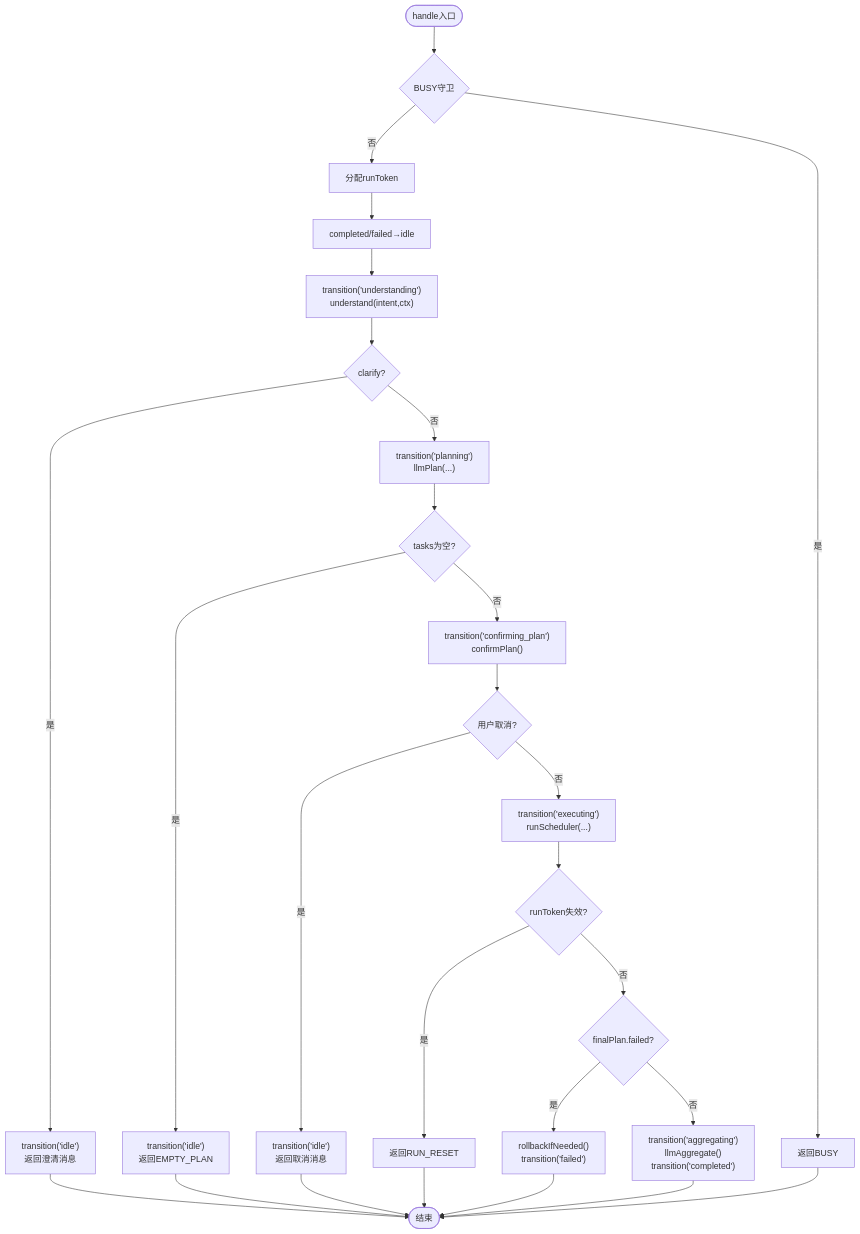
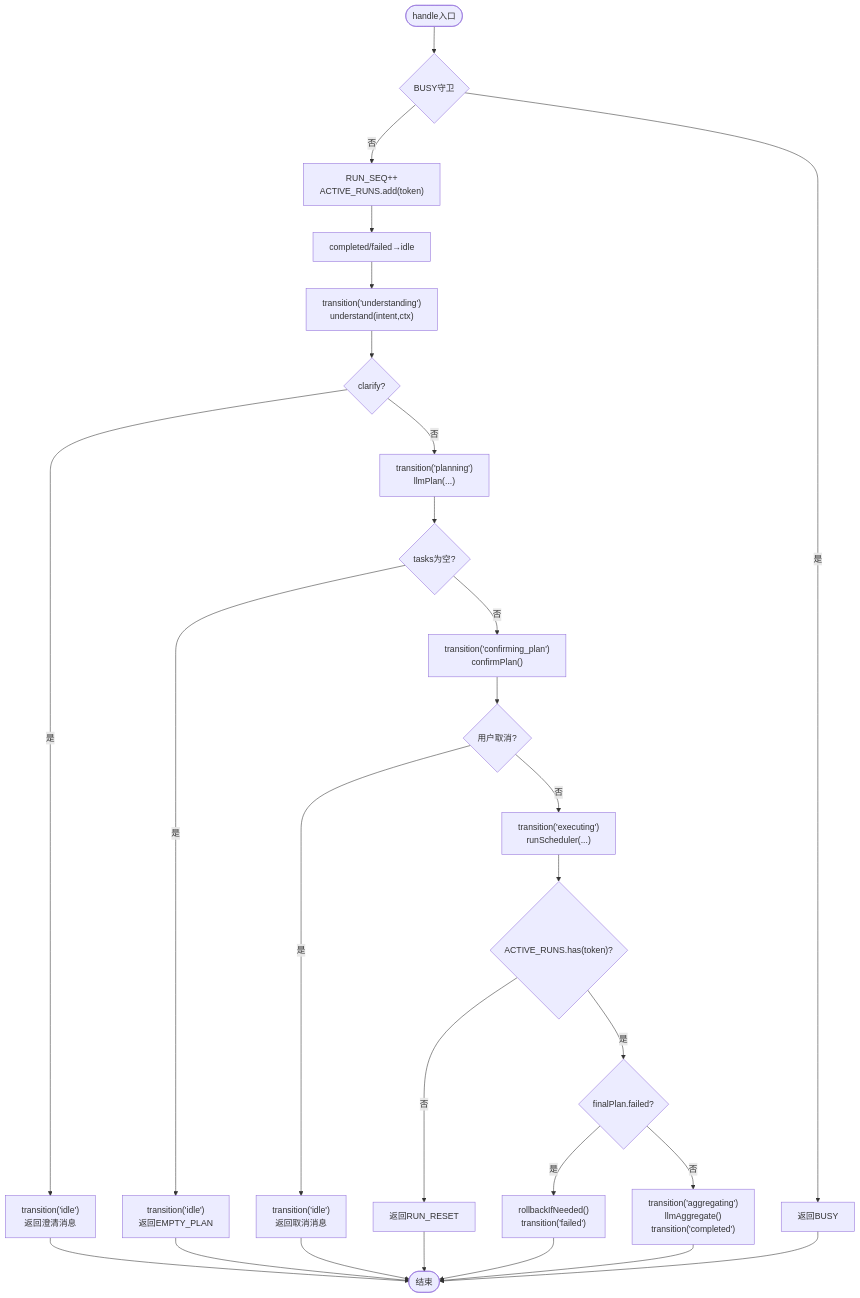
One commit to Ichi-Hackton/WAIC-WeChat-MiniProgram changed the fourth of 7 diagrams in .qoder/repowiki/zh/content/核心模块/Orchestrator编排器.md. Above: the diagram before and after it, drawn with Mermaid. The commit also changed other lines of this file and 33 other files, not shown here.

````diff
--- a/.qoder/repowiki/zh/content/核心模块/Orchestrator编排器.md
+++ b/.qoder/repowiki/zh/content/核心模块/Orchestrator编排器.md
@@ -179,29 +196,29 @@
 ```mermaid
 flowchart TD
 Start(["handle入口"]) --> BusyCheck{"BUSY守卫"}
-BusyCheck --> |否| TokenAssign["分配runToken"]
+BusyCheck --> |否| TokenAssign["RUN_SEQ++<br/>ACTIVE_RUNS.add(token)"]
 BusyCheck --> |是| ReturnBusy["返回BUSY"]
 TokenAssign --> ResetState["completed/failed→idle"]
 ResetState --> Understand["transition('understanding')<br/>understand(intent,ctx)"]
 Understand --> Clarify{"clarify?"}
 Clarify --> |是| IdleReturn["transition('idle')<br/>返回澄清消息"]
 Clarify --> |否| Plan["transition('planning')<br/>llmPlan(...)"]
 Plan --> EmptyPlan{"tasks为空?"}
 EmptyPlan --> |是| IdleReturn2["transition('idle')<br/>返回EMPTY_PLAN"]
 EmptyPlan --> |否| Confirm["transition('confirming_plan')<br/>confirmPlan()"]
 Confirm --> Cancelled{"用户取消?"}
 Cancelled --> |是| IdleReturn3["transition('idle')<br/>返回取消消息"]
 Cancelled --> |否| Execute["transition('executing')<br/>runScheduler(...)"]
-Execute --> ResetDuringExec{"runToken失效?"}
-ResetDuringExec --> |是| ReturnReset["返回RUN_RESET"]
-ResetDuringExec --> |否| Aggregate{"finalPlan.failed?"}
+Execute --> CheckActive{"ACTIVE_RUNS.has(token)?"}
+CheckActive --> |否| ReturnReset["返回RUN_RESET"]
+CheckActive --> |是| Aggregate{"finalPlan.failed?"}
 Aggregate --> |是| Rollback["rollbackIfNeeded()<br/>transition('failed')"]
 Aggregate --> |否| Agg["transition('aggregating')<br/>llmAggregate()<br/>transition('completed')"]
 Rollback --> End(["结束"])
 Agg --> End
 ReturnBusy --> End
 IdleReturn --> End
 IdleReturn2 --> End
 IdleReturn3 --> End
 ReturnReset --> End
 ```
````
